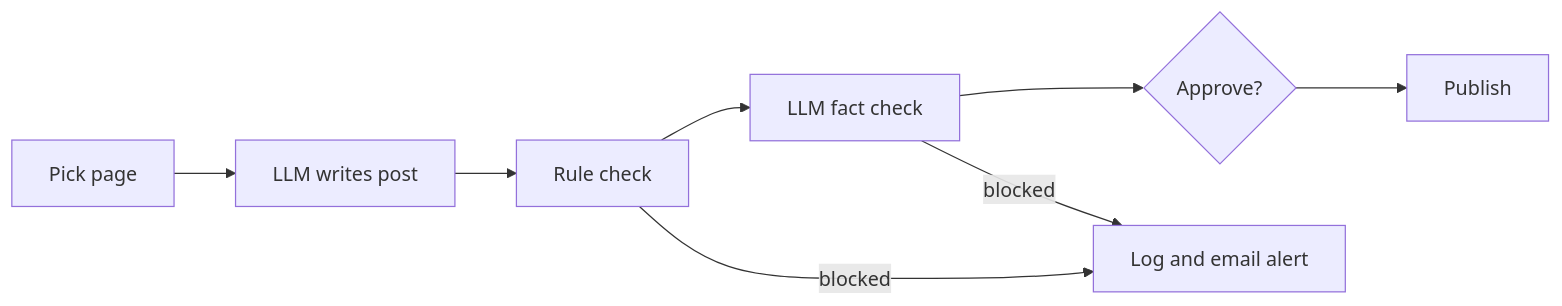
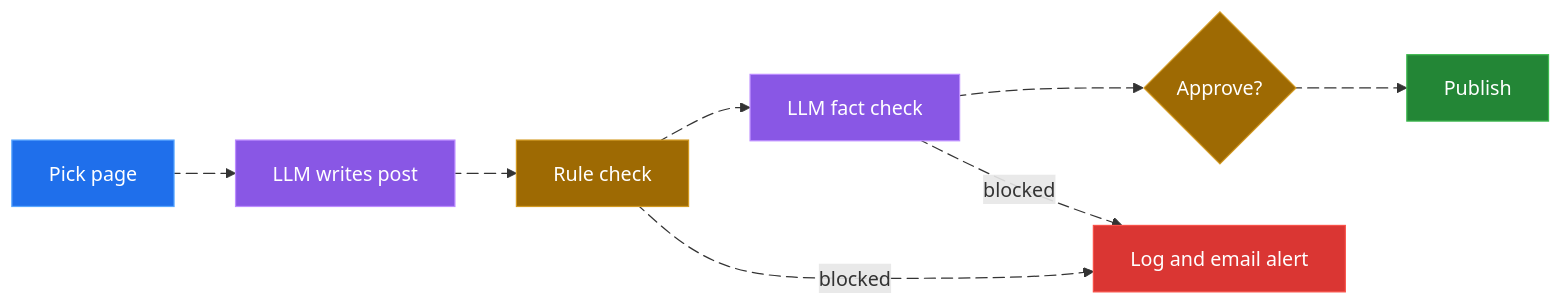
Before and after one commit to Parkavi111/Parkavi111: the second of 2 diagrams in README.md, drawn with Mermaid. The commit also changed other lines of this file, not shown here.

````diff
--- a/README.md
+++ b/README.md
@@ -52,6 +73,25 @@
 ```mermaid
 flowchart LR
-  A[Pick page] --> B[LLM writes post] --> C[Rule check] --> D[LLM fact check] --> E{Approve?} --> F[Publish]
-  C -- blocked --> X[Log and email alert]
-  D -- blocked --> X
+  A[Pick page] e1@--> B[LLM writes post] e2@--> C[Rule check] e3@--> D[LLM fact check] e4@--> E{Approve?} e5@--> F[Publish]
+  C e6@-->|blocked| X[Log and email alert]
+  D e7@-->|blocked| X
+
+  e1@{ animate: true }
+  e2@{ animate: true }
+  e3@{ animate: true }
+  e4@{ animate: true }
+  e5@{ animate: true }
+  e6@{ animate: true }
+  e7@{ animate: true }
+
+  classDef input fill:#1f6feb,stroke:#58a6ff,color:#ffffff
+  classDef ai fill:#8957e5,stroke:#bc8cff,color:#ffffff
+  classDef check fill:#9e6a03,stroke:#d29922,color:#ffffff
+  classDef ok fill:#238636,stroke:#3fb950,color:#ffffff
+  classDef stop fill:#da3633,stroke:#f85149,color:#ffffff
+  class A input
+  class B,D ai
+  class C,E check
+  class F ok
+  class X stop
 ```
````
